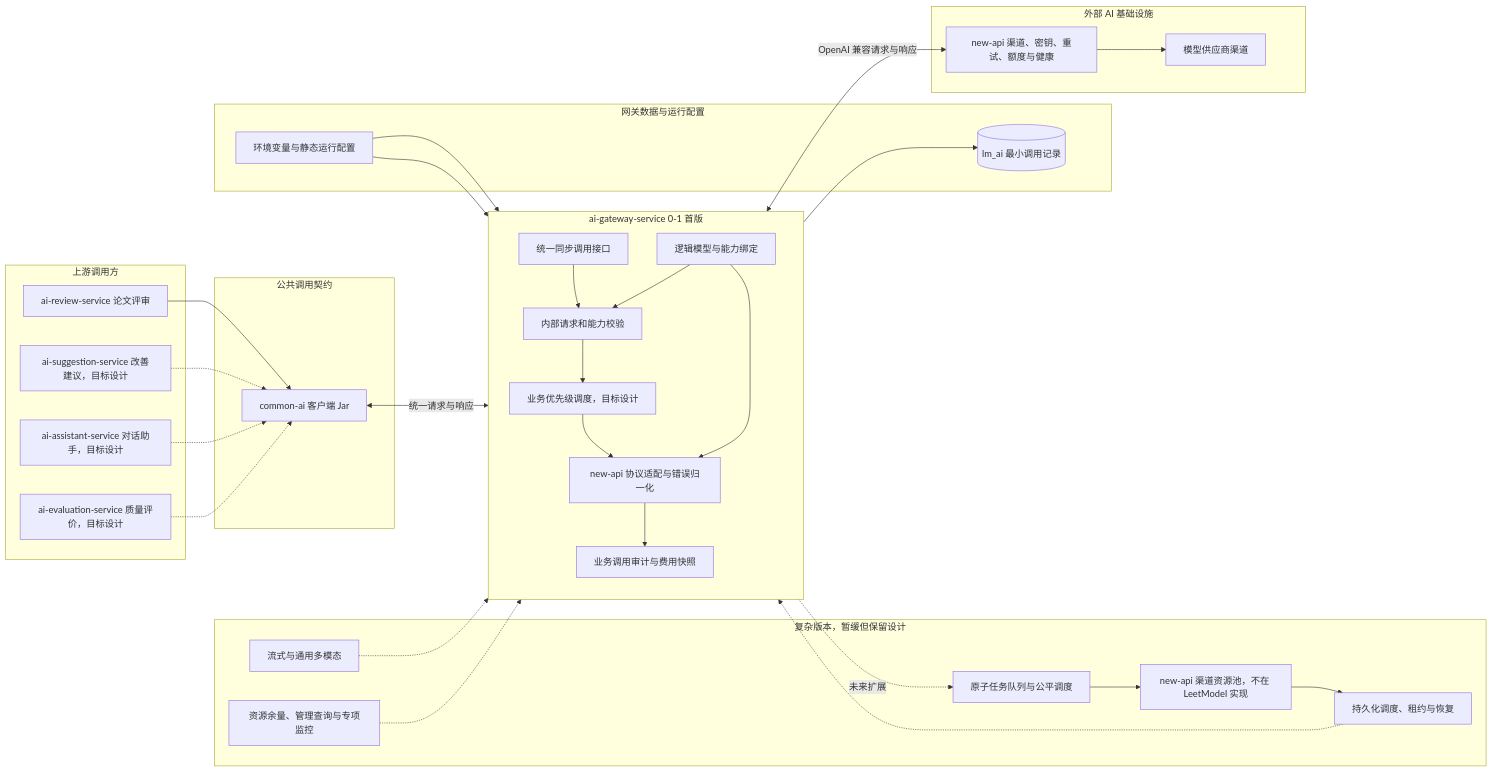
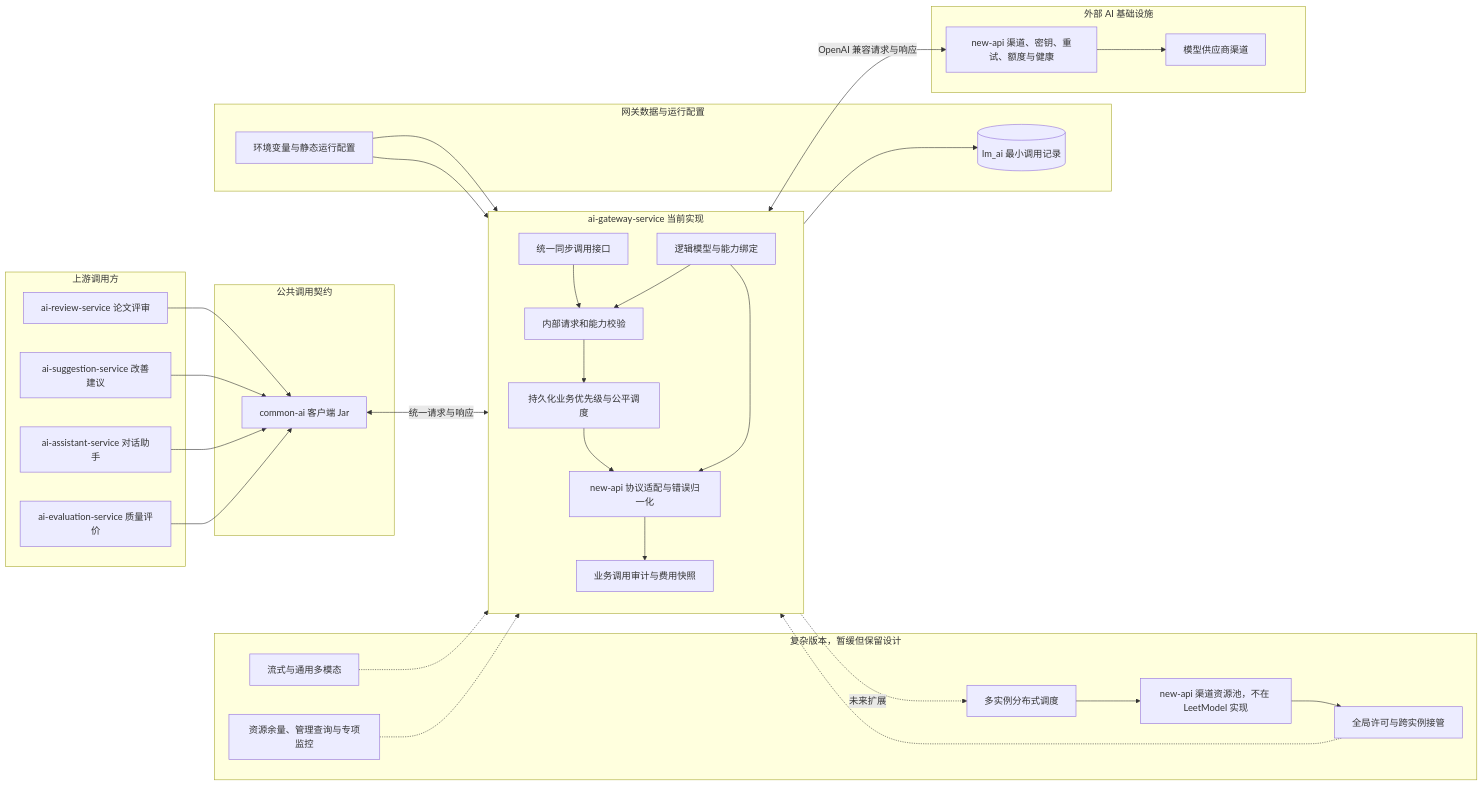
The diagram in docs/project/03-微服务设计/ai-gateway-service/README.md (Dorian7Alden/LeetModel), drawn with Mermaid before and after one commit. The commit also changed other lines of this file and 31 other files, not shown here.

````diff
--- a/docs/project/03-微服务设计/ai-gateway-service/README.md
+++ b/docs/project/03-微服务设计/ai-gateway-service/README.md
@@ -19,67 +19,67 @@
 ```mermaid
 flowchart LR
     subgraph callers["上游调用方"]
         reviewService["ai-review-service 论文评审"]
-        suggestionService["ai-suggestion-service 改善建议，目标设计"]
-        assistantService["ai-assistant-service 对话助手，目标设计"]
-        evaluationService["ai-evaluation-service 质量评价，目标设计"]
+        suggestionService["ai-suggestion-service 改善建议"]
+        assistantService["ai-assistant-service 对话助手"]
+        evaluationService["ai-evaluation-service 质量评价"]
     end
 
     subgraph clientSdk["公共调用契约"]
         commonAi["common-ai 客户端 Jar"]
     end
 
-    subgraph aiGateway["ai-gateway-service 0-1 首版"]
+    subgraph aiGateway["ai-gateway-service 当前实现"]
         direction TB
         callApi["统一同步调用接口"]
         catalog["逻辑模型与能力绑定"]
         binding["内部请求和能力校验"]
-        scheduler["业务优先级调度，目标设计"]
+        scheduler["持久化业务优先级与公平调度"]
         adapter["new-api 协议适配与错误归一化"]
         metering["业务调用审计与费用快照"]
 
         callApi --> binding
         catalog --> binding
         binding --> scheduler
         scheduler --> adapter
         catalog --> adapter
         adapter --> metering
     end
 
     subgraph future["复杂版本，暂缓但保留设计"]
-        taskQueue["原子任务队列与公平调度"]
+        taskQueue["多实例分布式调度"]
         resourcePool["new-api 渠道资源池，不在 LeetModel 实现"]
-        advancedStability["持久化调度、租约与恢复"]
+        advancedStability["全局许可与跨实例接管"]
         stream["流式与通用多模态"]
         management["资源余量、管理查询与专项监控"]
 
         taskQueue --> resourcePool
         resourcePool --> advancedStability
     end
 
     subgraph support["网关数据与运行配置"]
         aiDatabase[(lm_ai 最小调用记录)]
         secretConfig["环境变量与静态运行配置"]
     end
 
     subgraph providers["外部 AI 基础设施"]
         newApi["new-api 渠道、密钥、重试、额度与健康"]
         providerApi["模型供应商渠道"]
         newApi --> providerApi
     end
 
     reviewService --> commonAi
-    suggestionService -.-> commonAi
-    assistantService -.-> commonAi
-    evaluationService -.-> commonAi
+    suggestionService --> commonAi
+    assistantService --> commonAi
+    evaluationService --> commonAi
     commonAi <-->|"统一请求与响应"| callApi
 
     metering --> aiDatabase
     secretConfig --> catalog
     secretConfig --> adapter
     adapter <-->|"OpenAI 兼容请求与响应"| newApi
     callApi -.->|"未来扩展"| taskQueue
     advancedStability -.-> adapter
     stream -.-> adapter
     management -.-> metering
 ```
````
